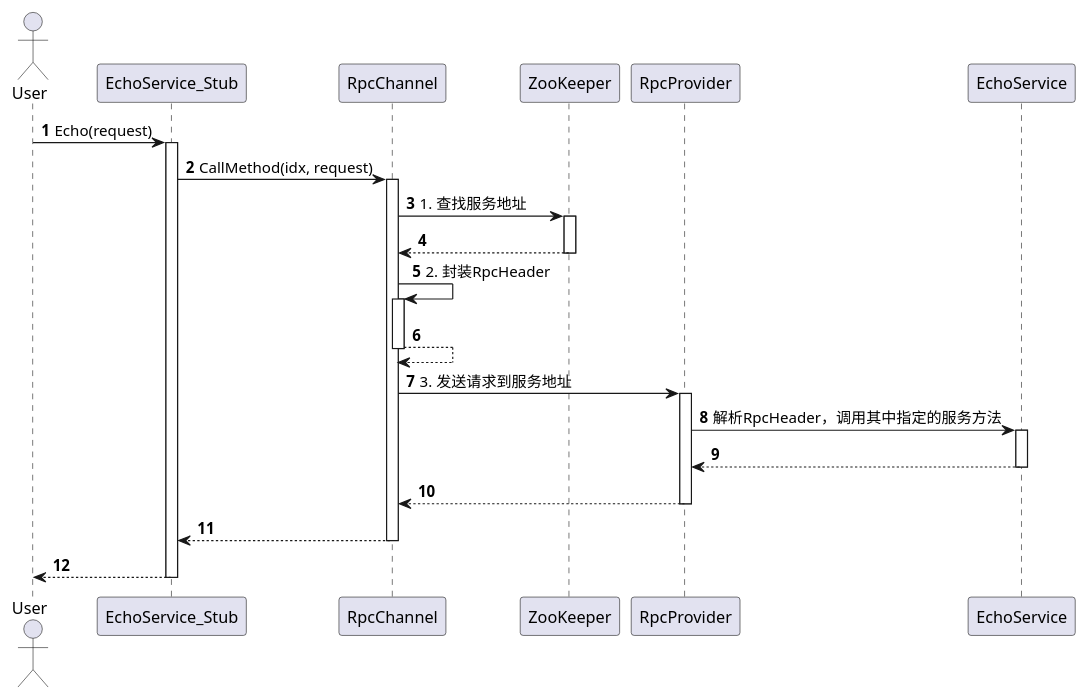
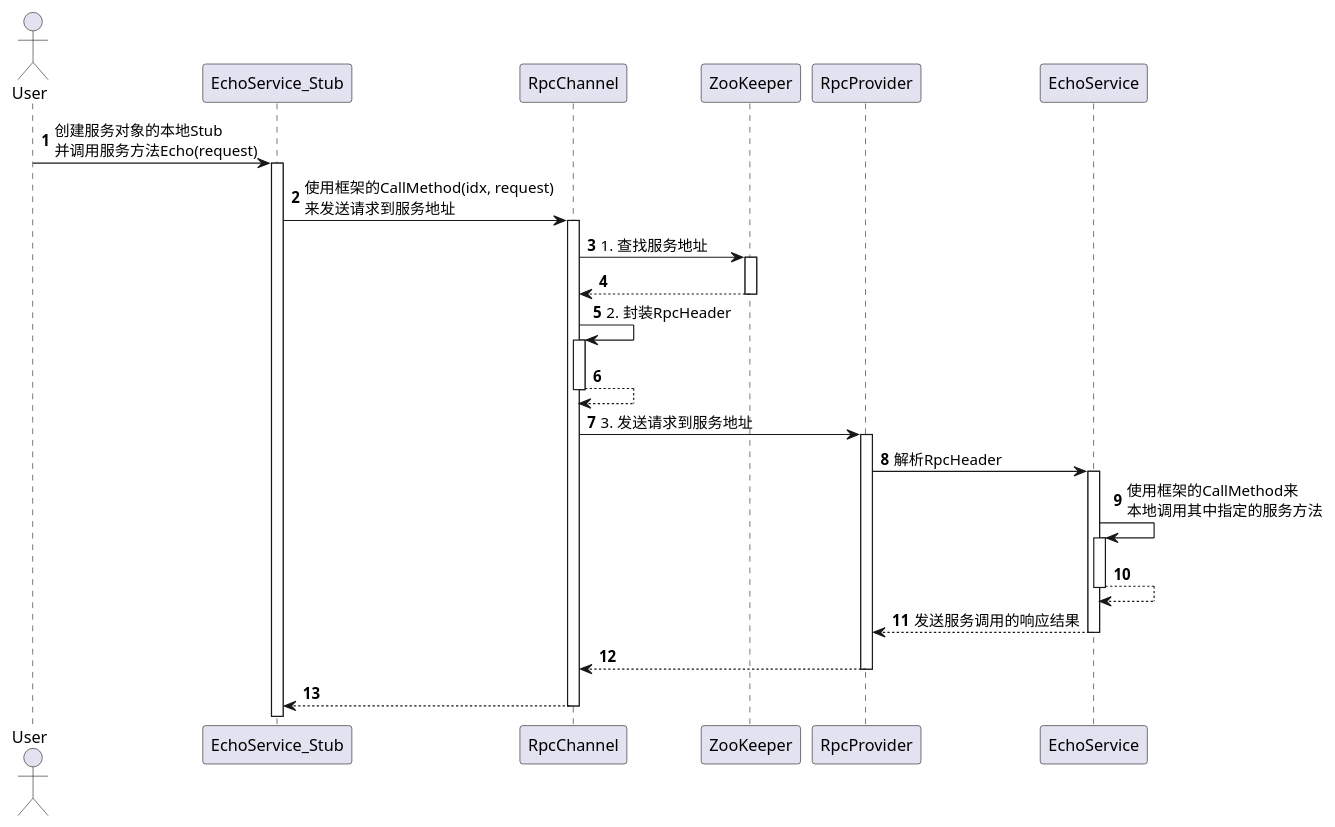
Before and after one commit to Meha555/tinyrpc: the diagram in doc/rpc_call.puml, drawn with PlantUML. The commit also changed 12 other files, not shown here.

```diff
--- a/doc/rpc_call.puml
+++ b/doc/rpc_call.puml
@@ -1,25 +1,26 @@
-@startuml RPC调用过程
+@startuml RPC调用流程
 autonumber
 autoactivate on
 
 actor User
 participant EchoService_Stub
 participant RpcChannel
 participant ZooKeeper
 participant RpcProvider
 participant EchoService
 
-User -> EchoService_Stub : Echo(request)
-EchoService_Stub -> RpcChannel : CallMethod(idx, request)
+User -> EchoService_Stub : 创建服务对象的本地Stub\n并调用服务方法Echo(request)
+EchoService_Stub -> RpcChannel : 使用框架的CallMethod(idx, request)\n来发送请求到服务地址
 RpcChannel -> ZooKeeper : 1. 查找服务地址
 return
 RpcChannel -> RpcChannel : 2. 封装RpcHeader
 return
 RpcChannel -> RpcProvider : 3. 发送请求到服务地址
-RpcProvider -> EchoService : 解析RpcHeader，调用其中指定的服务方法
+RpcProvider -> EchoService : 解析RpcHeader
+EchoService -> EchoService : 使用框架的CallMethod来\n本地调用其中指定的服务方法
 return
-return
+return 发送服务调用的响应结果
 return
 return
 
 @enduml
```
